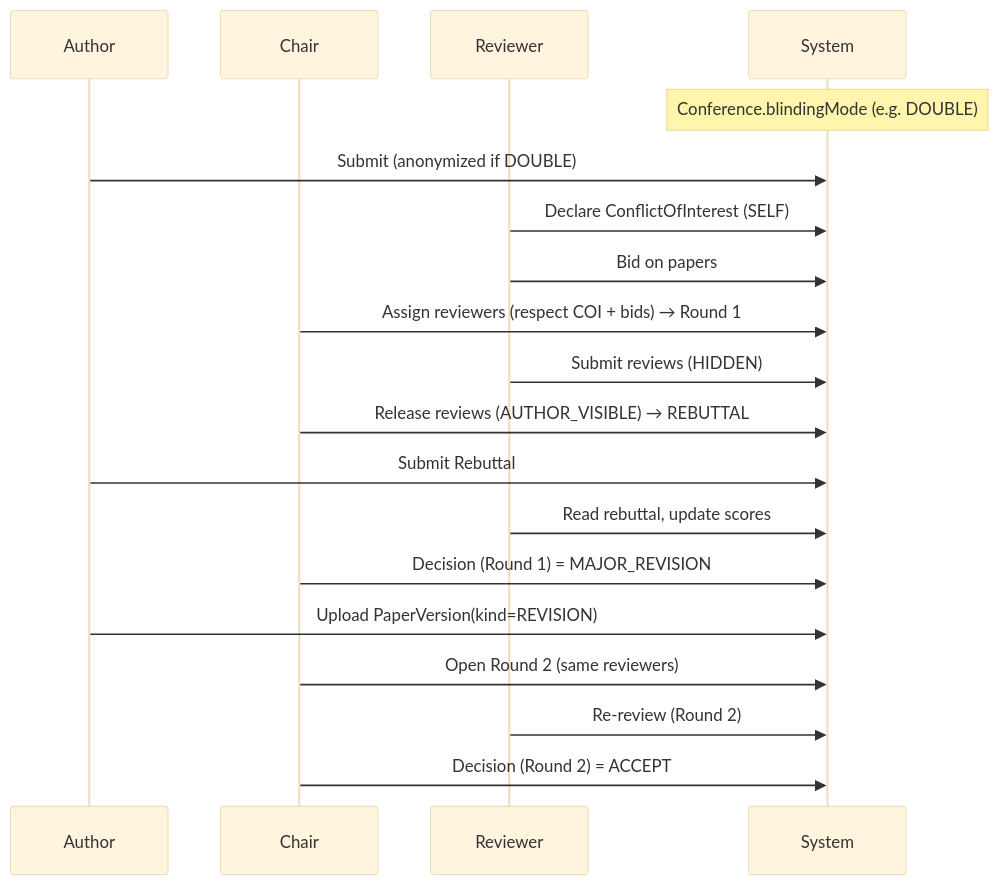
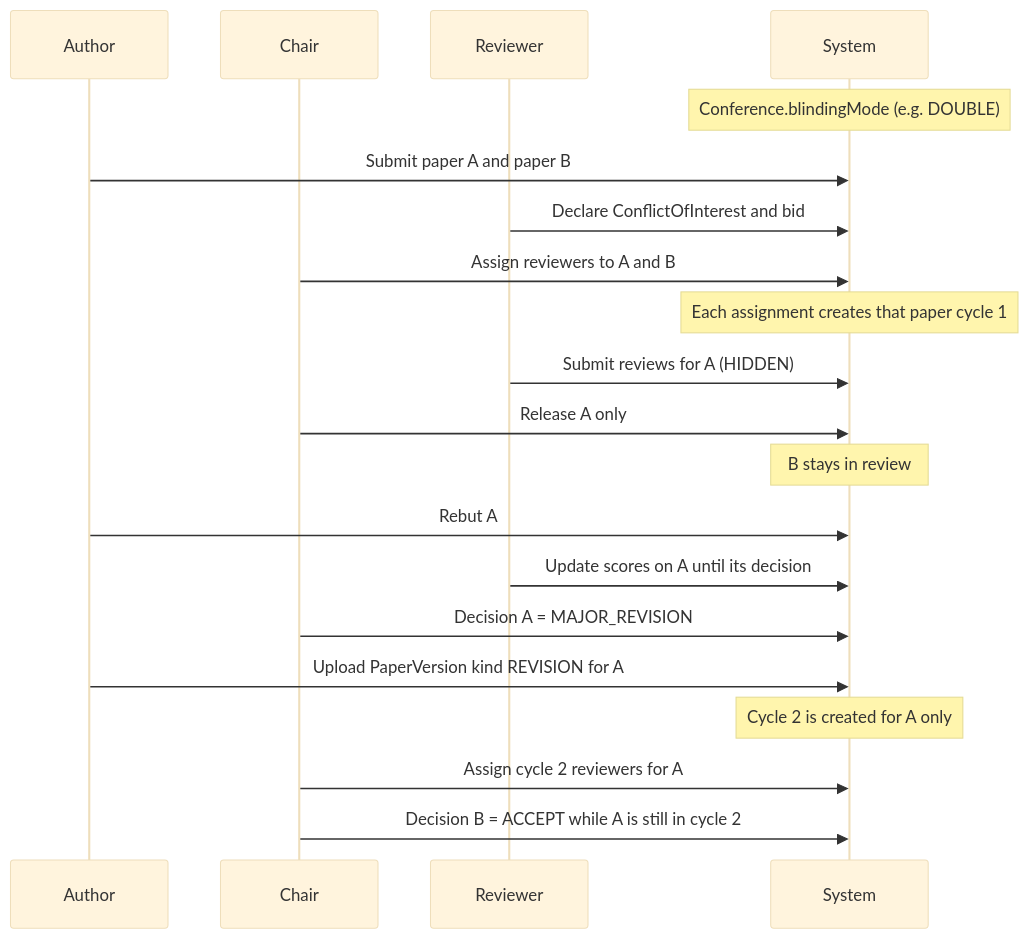
Before and after one commit to AyushBalyan/OpenConferences: diagram 13 of 13 in docs/SYSTEM_DESIGN.md, drawn with Mermaid (base theme). The commit also changed other lines of this file and 97 other files, not shown here.

First line of the commit message:
feat: support per-paper review cycles and revised manuscript uploads

````diff
--- a/docs/SYSTEM_DESIGN.md
+++ b/docs/SYSTEM_DESIGN.md
@@ -1540,22 +1557,23 @@
 ```mermaid
 sequenceDiagram
   participant Author
   participant Chair
   participant Reviewer
   participant Sys as System
 
   Note over Sys: Conference.blindingMode (e.g. DOUBLE)
-  Author->>Sys: Submit (anonymized if DOUBLE)
-  Reviewer->>Sys: Declare ConflictOfInterest (SELF)
-  Reviewer->>Sys: Bid on papers
-  Chair->>Sys: Assign reviewers (respect COI + bids) → Round 1
-  Reviewer->>Sys: Submit reviews (HIDDEN)
-  Chair->>Sys: Release reviews (AUTHOR_VISIBLE) → REBUTTAL
-  Author->>Sys: Submit Rebuttal
-  Reviewer->>Sys: Read rebuttal, update scores
-  Chair->>Sys: Decision (Round 1) = MAJOR_REVISION
-  Author->>Sys: Upload PaperVersion(kind=REVISION)
-  Chair->>Sys: Open Round 2 (same reviewers)
-  Reviewer->>Sys: Re-review (Round 2)
-  Chair->>Sys: Decision (Round 2) = ACCEPT
+  Author->>Sys: Submit paper A and paper B
+  Reviewer->>Sys: Declare ConflictOfInterest and bid
+  Chair->>Sys: Assign reviewers to A and B
+  Note over Sys: Each assignment creates that paper cycle 1
+  Reviewer->>Sys: Submit reviews for A (HIDDEN)
+  Chair->>Sys: Release A only
+  Note over Sys: B stays in review
+  Author->>Sys: Rebut A
+  Reviewer->>Sys: Update scores on A until its decision
+  Chair->>Sys: Decision A = MAJOR_REVISION
+  Author->>Sys: Upload PaperVersion kind REVISION for A
+  Note over Sys: Cycle 2 is created for A only
+  Chair->>Sys: Assign cycle 2 reviewers for A
+  Chair->>Sys: Decision B = ACCEPT while A is still in cycle 2
 ```
````
